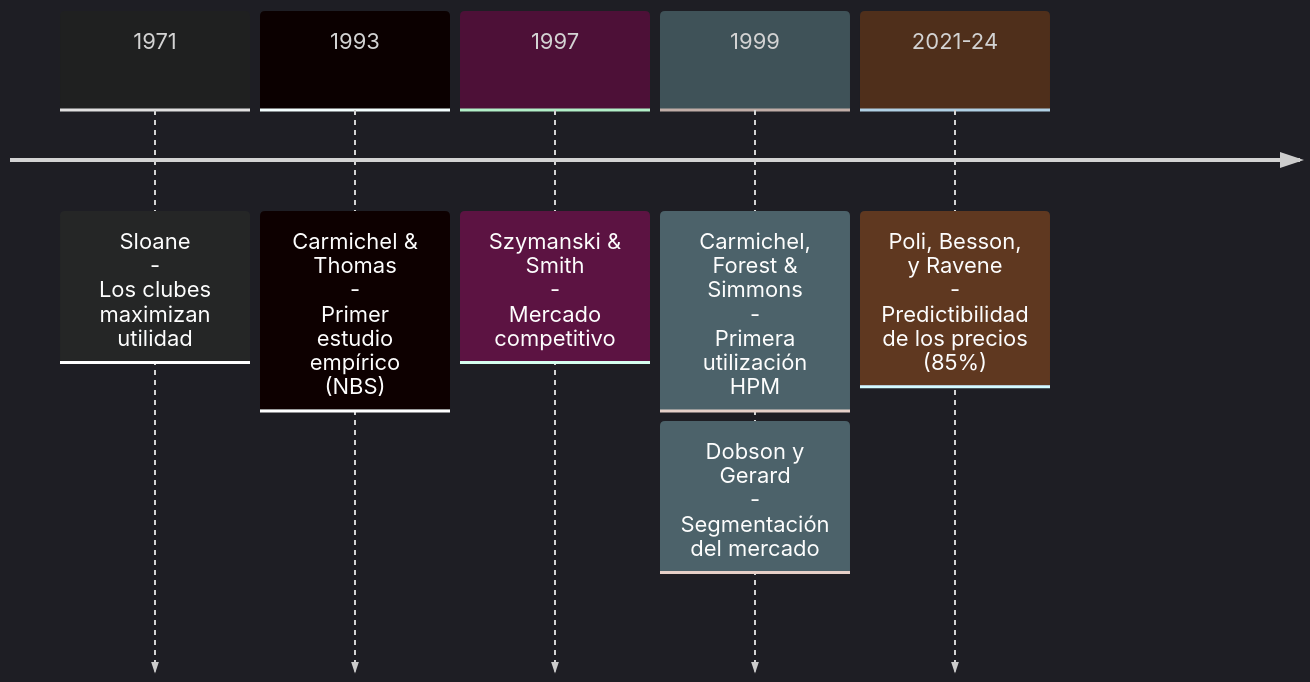
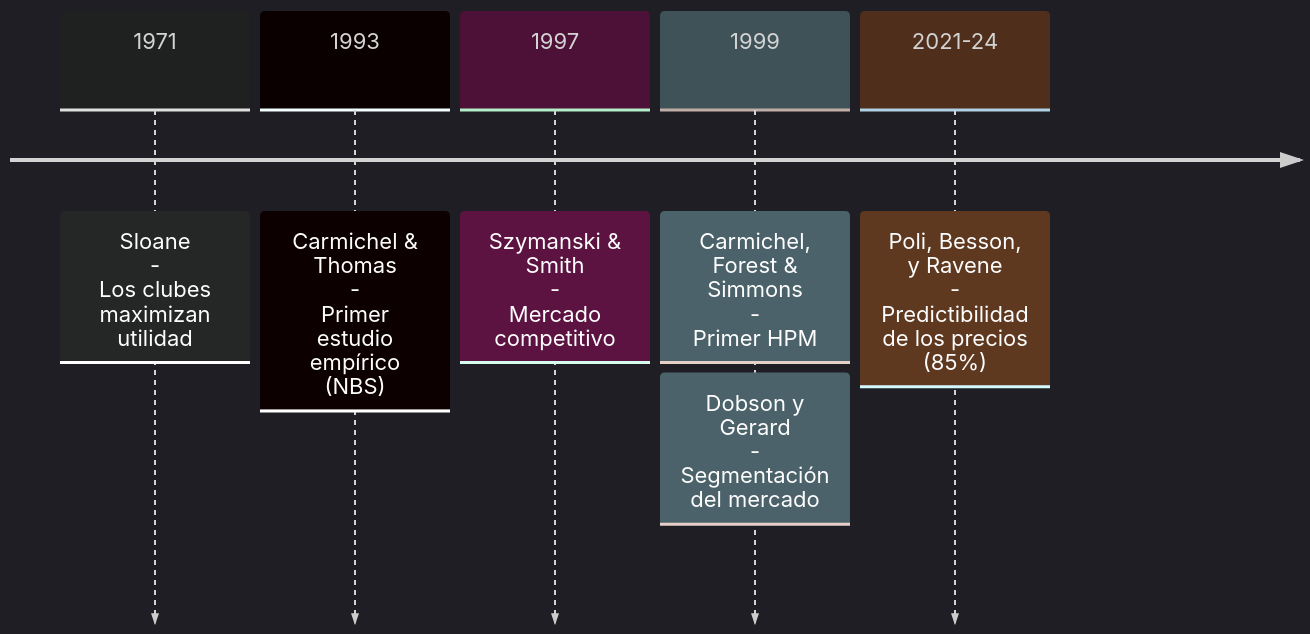
One commit to jfjvallaris/Master-Tesis changed the diagram in presentacion/Presentacion.qmd. Above: the diagram before and after it, drawn with Mermaid. The commit also changed other lines of this file and 2 other files, not shown here.

````diff
--- a/presentacion/Presentacion.qmd
+++ b/presentacion/Presentacion.qmd
@@ -465,13 +670,13 @@
 ```{mermaid}
 %%| fig-align: center
 %%{init: { 'theme': 'dark', 'themeVariables': { 'fontSize': '22px' } } }%%
 timeline
     1971 : Sloane <br>-<br> Los clubes maximizan utilidad
     1993 : Carmichel & Thomas <br>-<br> Primer estudio empírico (NBS)
     1997 : Szymanski & Smith <br>-<br> Mercado competitivo
-    1999 : Carmichel, Forest & Simmons <br>-<br> Primera utilización HPM
+    1999 : Carmichel, Forest & Simmons <br>-<br> Primer HPM
          : Dobson y Gerard <br>-<br> Segmentación del mercado
     %% 2015 : Ruijg & van Ophem <br>-<br> Categorización de equipos
     2021-24: Poli, Besson, y Ravene <br>-<br> Predictibilidad de los precios (85%)
 
 ```
````
